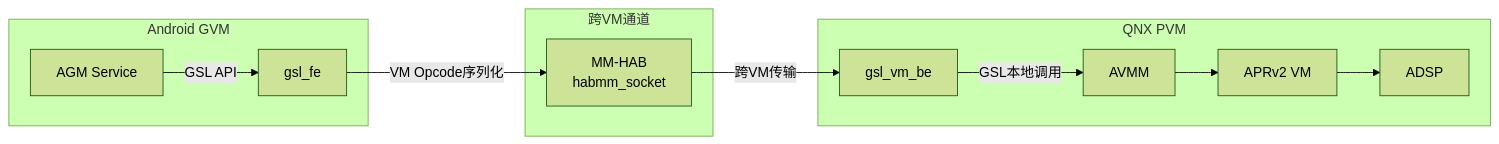
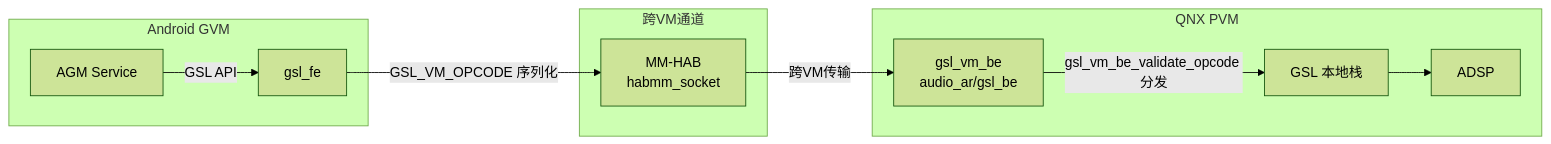
Before and after one commit to yanglinzhen1022/SA8295_AAOS_QNX_Audio_KnowledgeBase: the ninth of 10 diagrams in 16_Vendor_QNX_Architecture/16_16.16_QNX_audio_driver_vm_VM音频驱动层.md, drawn with Mermaid (forest theme). The commit also changed other lines of this file and 48 other files, not shown here.

````diff
--- a/16_Vendor_QNX_Architecture/16_16.16_QNX_audio_driver_vm_VM音频驱动层.md
+++ b/16_Vendor_QNX_Architecture/16_16.16_QNX_audio_driver_vm_VM音频驱动层.md
@@ -596,25 +638,23 @@
 ```mermaid
 graph LR
     subgraph Android_GVM[Android GVM]
         AGM[AGM Service]
         GSL_FE[gsl_fe]
     end
 
     subgraph Cross_VM[跨VM通道]
         HAB[MM-HAB<br/>habmm_socket]
     end
 
     subgraph QNX_PVM[QNX PVM]
-        GSL_BE[gsl_vm_be]
-        AVMM[AVMM]
-        APR_VM[APRv2 VM]
+        GSL_BE[gsl_vm_be<br/>audio_ar/gsl_be]
+        GSL[GSL 本地栈]
         ADSP[ADSP]
     end
 
     AGM -->|GSL API| GSL_FE
-    GSL_FE -->|VM Opcode序列化| HAB
+    GSL_FE -->|GSL_VM_OPCODE 序列化| HAB
     HAB -->|跨VM传输| GSL_BE
-    GSL_BE -->|GSL本地调用| AVMM
-    AVMM --> APR_VM
-    APR_VM --> ADSP
+    GSL_BE -->|gsl_vm_be_validate_opcode 分发| GSL
+    GSL --> ADSP
 ```
````
